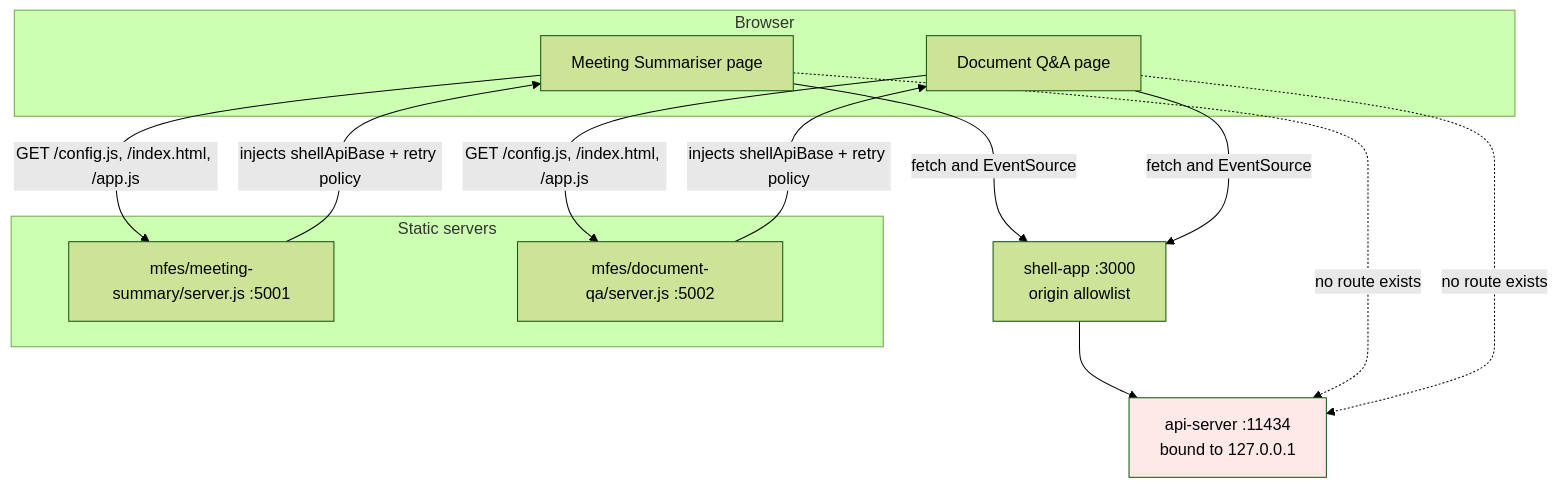
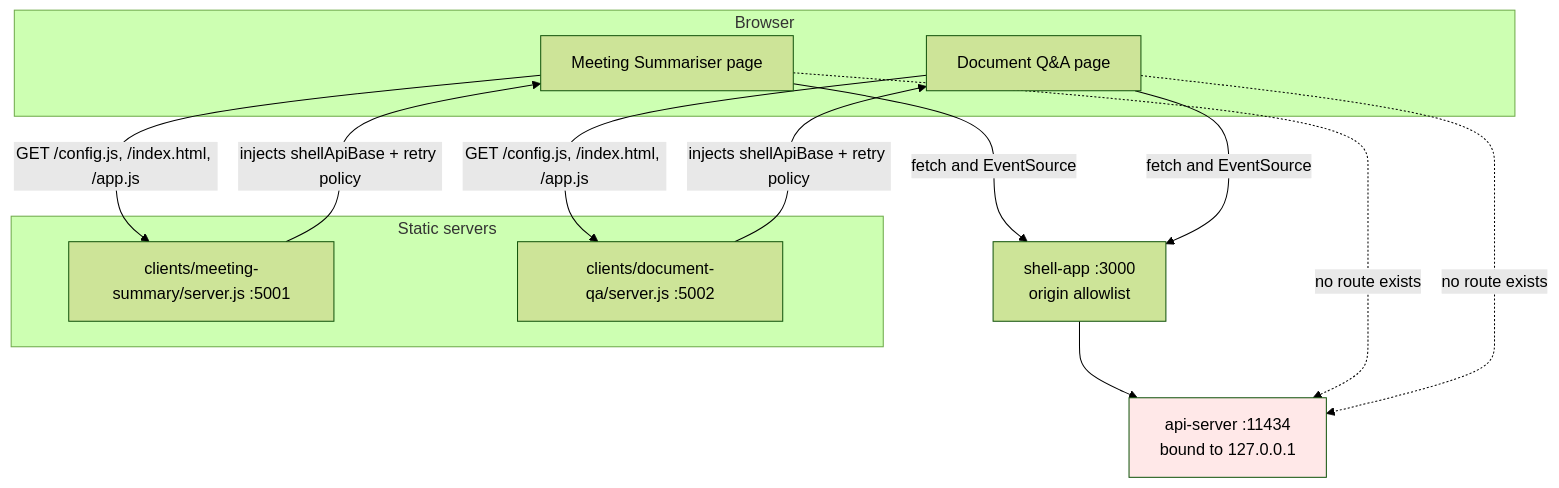
Diagram 25 of 27 in docs/serveInfer_DOCUMENTATION.md (prawesh-12/serveInfer), drawn with Mermaid (forest theme) before and after one commit. The commit also changed other lines of this file and 1427 other files, not shown here.

````diff
--- a/docs/serveInfer_DOCUMENTATION.md
+++ b/docs/serveInfer_DOCUMENTATION.md
@@ -1875,25 +1875,25 @@
 ```mermaid
 flowchart TB
     subgraph b["Browser"]
         P1["Meeting Summariser page"]
         P2["Document Q&A page"]
     end
     subgraph static["Static servers"]
-        S1["mfes/meeting-summary/server.js :5001"]
-        S2["mfes/document-qa/server.js :5002"]
+        S1["clients/meeting-summary/server.js :5001"]
+        S2["clients/document-qa/server.js :5002"]
     end
     SHELL["shell-app :3000<br/>origin allowlist"]
     API["api-server :11434<br/>bound to 127.0.0.1"]
 
     P1 -- "GET /config.js, /index.html, /app.js" --> S1
     P2 -- "GET /config.js, /index.html, /app.js" --> S2
     S1 -- "injects shellApiBase + retry policy" --> P1
     S2 -- "injects shellApiBase + retry policy" --> P2
     P1 -- "fetch and EventSource" --> SHELL
     P2 -- "fetch and EventSource" --> SHELL
     SHELL --> API
     P1 -.->|"no route exists"| API
     P2 -.->|"no route exists"| API
 
     style API fill:#ffe8e8
 ```
````
